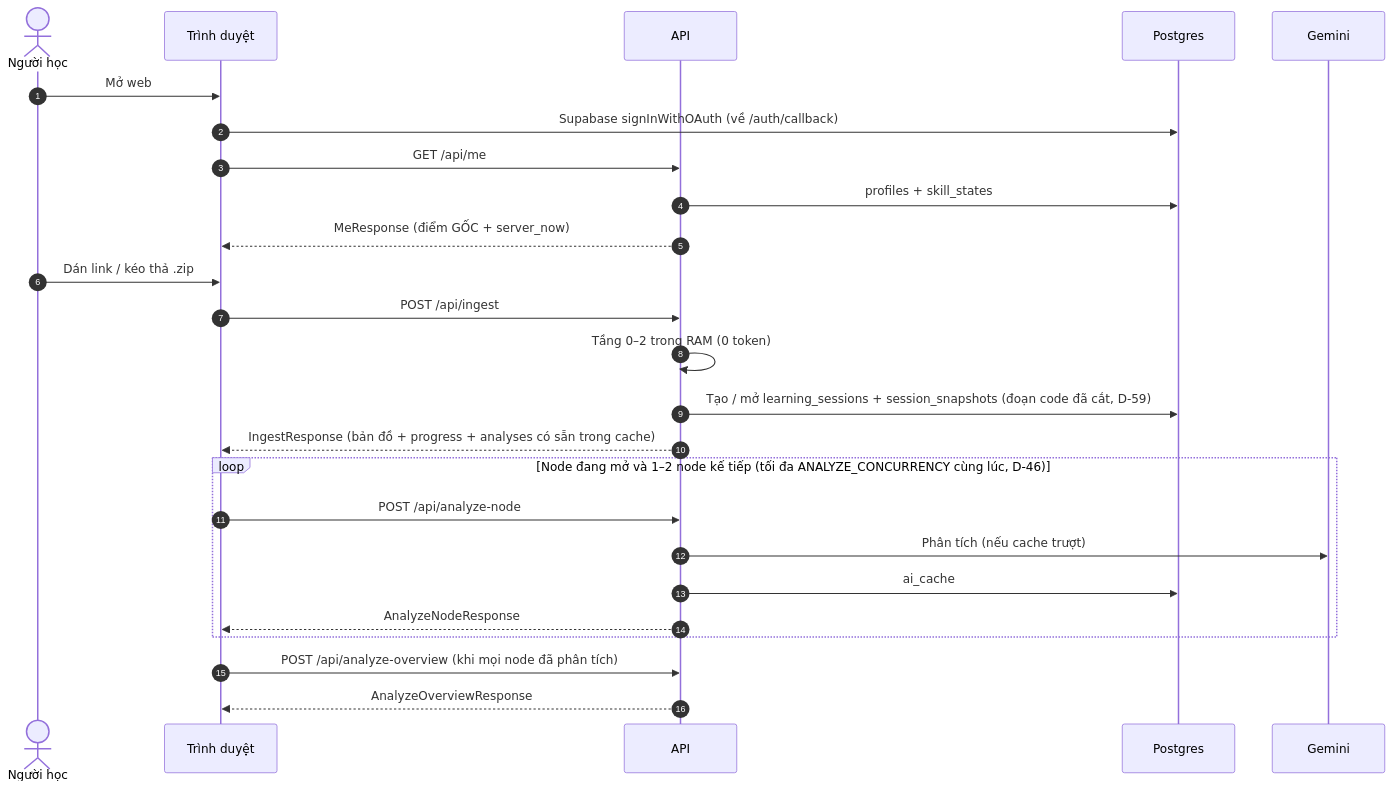
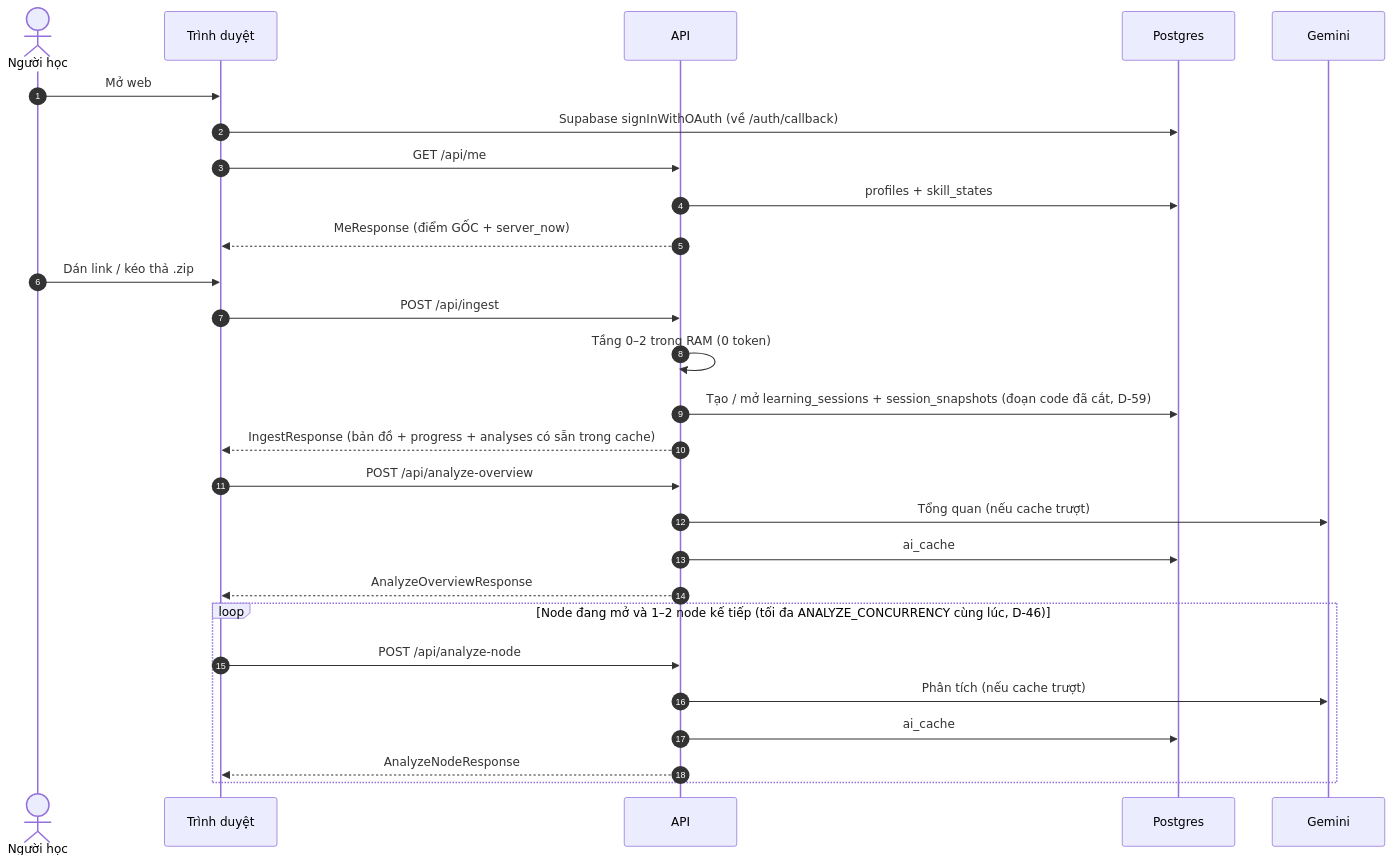
The second of 4 diagrams in docs/spec/01_KIEN_TRUC_VA_LUONG.md (ThanhThien-coder/demo-HackathonSGU-2026), drawn with Mermaid before and after one commit. The commit also changed other lines of this file and 4 other files, not shown here.

````diff
--- a/docs/spec/01_KIEN_TRUC_VA_LUONG.md
+++ b/docs/spec/01_KIEN_TRUC_VA_LUONG.md
@@ -85,27 +87,29 @@
 ```mermaid
 sequenceDiagram
     autonumber
     actor U as Người học
     participant FE as Trình duyệt
     participant BE as API
     participant DB as Postgres
     participant AI as Gemini
     U->>FE: Mở web
     FE->>DB: Supabase signInWithOAuth (về /auth/callback)
     FE->>BE: GET /api/me
     BE->>DB: profiles + skill_states
     BE-->>FE: MeResponse (điểm GỐC + server_now)
     U->>FE: Dán link / kéo thả .zip
     FE->>BE: POST /api/ingest
     BE->>BE: Tầng 0–2 trong RAM (0 token)
     BE->>DB: Tạo / mở learning_sessions + session_snapshots (đoạn code đã cắt, D-59)
     BE-->>FE: IngestResponse (bản đồ + progress + analyses có sẵn trong cache)
+    FE->>BE: POST /api/analyze-overview
+    BE->>AI: Tổng quan (nếu cache trượt)
+    BE->>DB: ai_cache
+    BE-->>FE: AnalyzeOverviewResponse
     loop Node đang mở và 1–2 node kế tiếp (tối đa ANALYZE_CONCURRENCY cùng lúc, D-46)
         FE->>BE: POST /api/analyze-node
         BE->>AI: Phân tích (nếu cache trượt)
         BE->>DB: ai_cache
         BE-->>FE: AnalyzeNodeResponse
     end
-    FE->>BE: POST /api/analyze-overview (khi mọi node đã phân tích)
-    BE-->>FE: AnalyzeOverviewResponse
 ```
````
